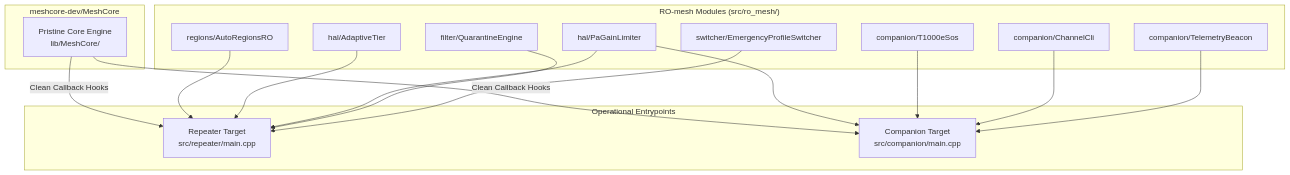
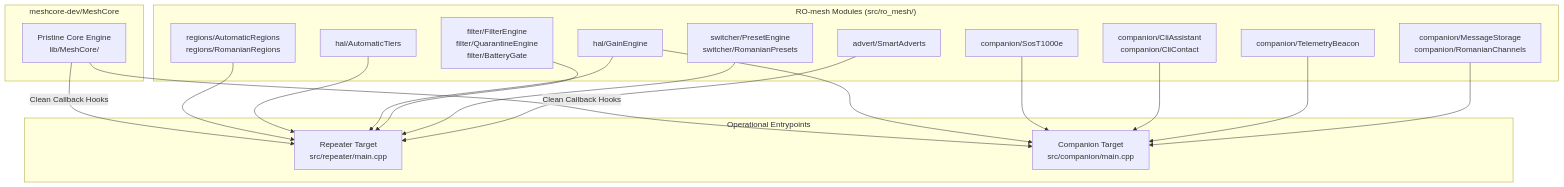
Before and after one commit to RO-mesh/core-firmware: the diagram in README.md, drawn with Mermaid. The commit also changed other lines of this file and 30 other files, not shown here.

````diff
--- a/README.md
+++ b/README.md
@@ -45,35 +48,39 @@
 ```mermaid
 flowchart TD
     subgraph Upstream["meshcore-dev/MeshCore"]
         MC["Pristine Core Engine<br/>lib/MeshCore/"]
     end
 
     subgraph CustomCore["RO-mesh Modules (src/ro_mesh/)"]
-        REG["regions/AutoRegionsRO"]
-        TIER["hal/AdaptiveTier"]
-        PA["hal/PaGainLimiter"]
-        QUAR["filter/QuarantineEngine"]
-        SWITCH["switcher/EmergencyProfileSwitcher"]
-        SOS["companion/T1000eSos"]
-        CLI["companion/ChannelCli"]
+        REG["regions/AutomaticRegions<br/>regions/RomanianRegions"]
+        TIER["hal/AutomaticTiers"]
+        GAIN["hal/GainEngine"]
+        FILT["filter/FilterEngine<br/>filter/QuarantineEngine<br/>filter/BatteryGate"]
+        SW["switcher/PresetEngine<br/>switcher/RomanianPresets"]
+        ADV["advert/SmartAdverts"]
+        SOS["companion/SosT1000e"]
+        CLI["companion/CliAssistant<br/>companion/CliContact"]
         TLM["companion/TelemetryBeacon"]
+        STOR["companion/MessageStorage<br/>companion/RomanianChannels"]
     end
 
     subgraph Targets["Operational Entrypoints"]
         REP["Repeater Target<br/>src/repeater/main.cpp"]
         COMP["Companion Target<br/>src/companion/main.cpp"]
     end
 
     MC -->|Clean Callback Hooks| REP
     MC -->|Clean Callback Hooks| COMP
     REG --> REP
     TIER --> REP
-    PA --> REP
-    QUAR --> REP
-    SWITCH --> REP
+    GAIN --> REP
+    FILT --> REP
+    SW --> REP
+    ADV --> REP
 
-    PA --> COMP
+    GAIN --> COMP
     SOS --> COMP
     CLI --> COMP
     TLM --> COMP
+    STOR --> COMP
 ```
````
